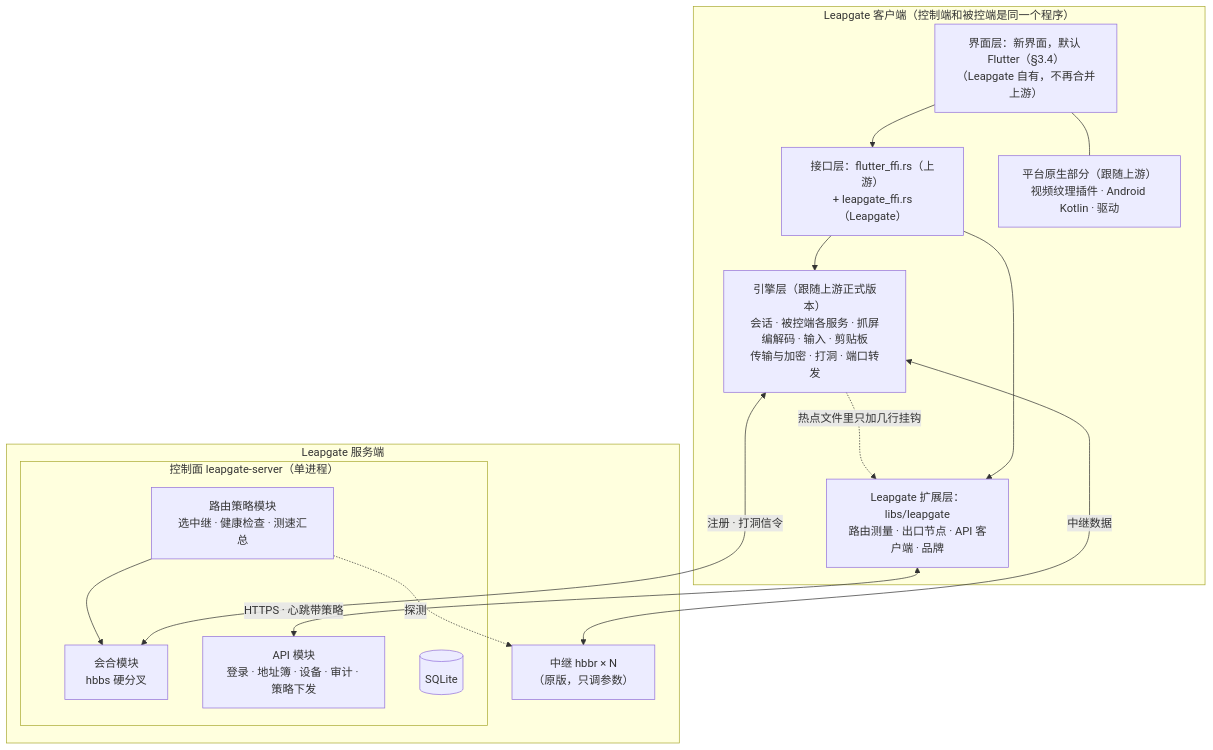
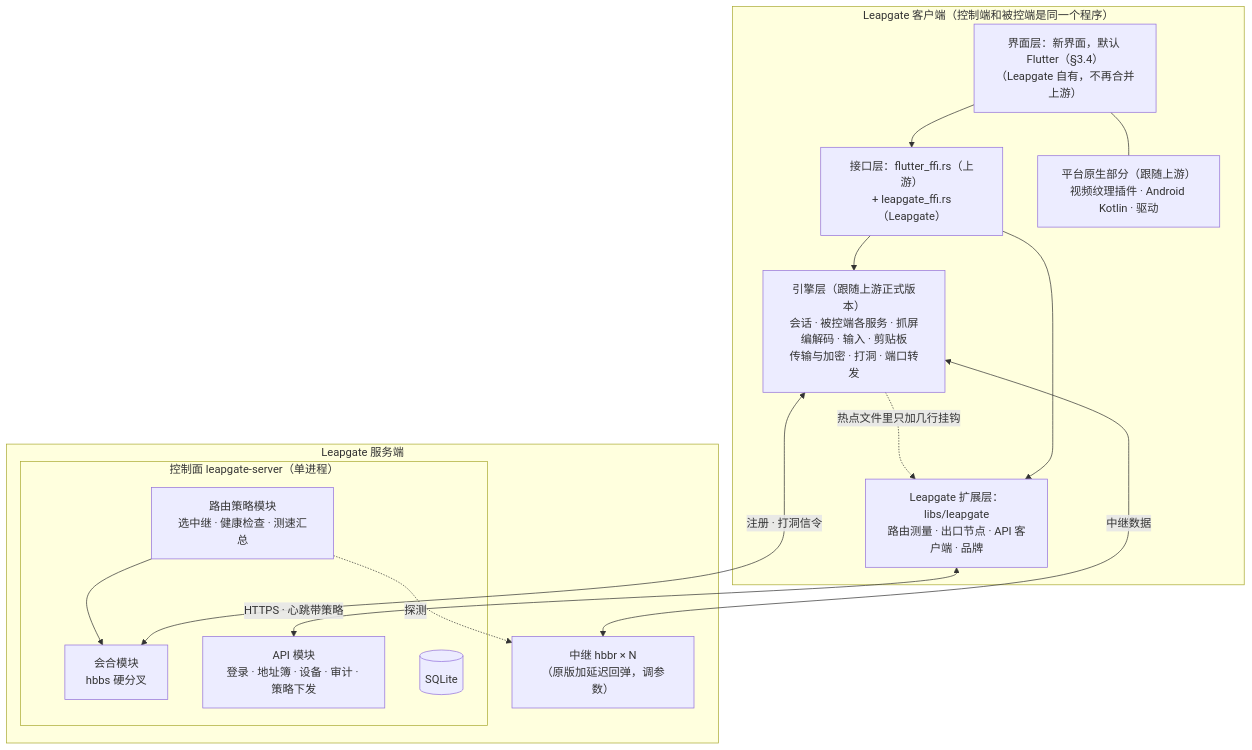
One commit to Ogannesson/leapgate changed the diagram in docs/architecture.md. Above: the diagram before and after it, drawn with Mermaid. The commit also changed other lines of this file and 2 other files, not shown here.

Commit message:
New UI spec: segmented round-trip latency in connection details (relay echo probe, decided by the maintainer, Q13); architecture notes the hbbr echo exception; AGENTS

````diff
--- a/docs/architecture.md
+++ b/docs/architecture.md
@@ -39,29 +39,29 @@
 ```mermaid
 flowchart TB
   subgraph C["Leapgate 客户端（控制端和被控端是同一个程序）"]
     UI["界面层：新界面，默认 Flutter（§3.4）<br/>（Leapgate 自有，不再合并上游）"]
     FFI["接口层：flutter_ffi.rs（上游）<br/>+ leapgate_ffi.rs（Leapgate）"]
     EXT["Leapgate 扩展层：libs/leapgate<br/>路由测量 · 出口节点 · API 客户端 · 品牌"]
     ENG["引擎层（跟随上游正式版本）<br/>会话 · 被控端各服务 · 抓屏编解码 · 输入 · 剪贴板<br/>传输与加密 · 打洞 · 端口转发"]
     NATIVE["平台原生部分（跟随上游）<br/>视频纹理插件 · Android Kotlin · 驱动"]
     UI --> FFI
     FFI --> ENG
     FFI --> EXT
     ENG -.->|"热点文件里只加几行挂钩"| EXT
     UI --- NATIVE
   end
   subgraph S["Leapgate 服务端"]
     subgraph CP["控制面 leapgate-server（单进程）"]
       RV["会合模块<br/>hbbs 硬分叉"]
       API["API 模块<br/>登录 · 地址簿 · 设备 · 审计 · 策略下发"]
       RT["路由策略模块<br/>选中继 · 健康检查 · 测速汇总"]
       DB[("SQLite")]
     end
-    RELAY["中继 hbbr × N<br/>（原版，只调参数）"]
+    RELAY["中继 hbbr × N<br/>（原版加延迟回弹，调参数）"]
   end
   ENG <-->|"注册 · 打洞信令"| RV
   EXT <-->|"HTTPS · 心跳带策略"| API
   ENG <-->|"中继数据"| RELAY
   RT --> RV
   RT -.->|"探测"| RELAY
 ```
````
